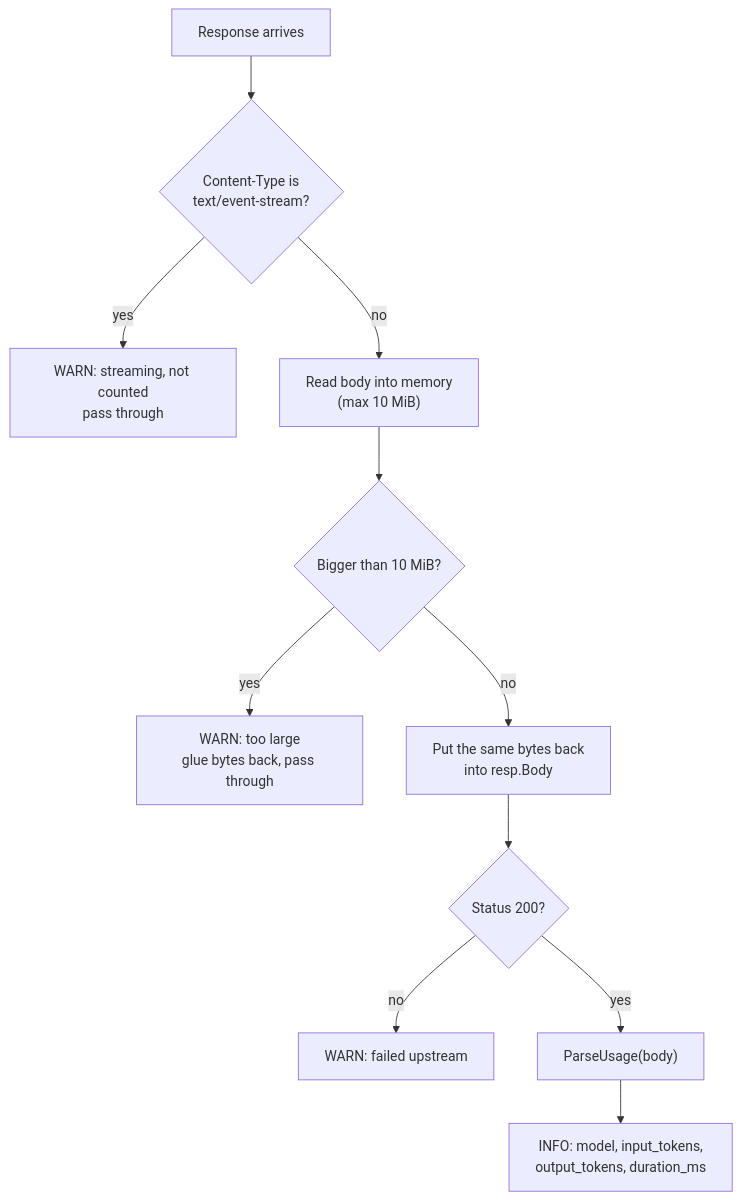
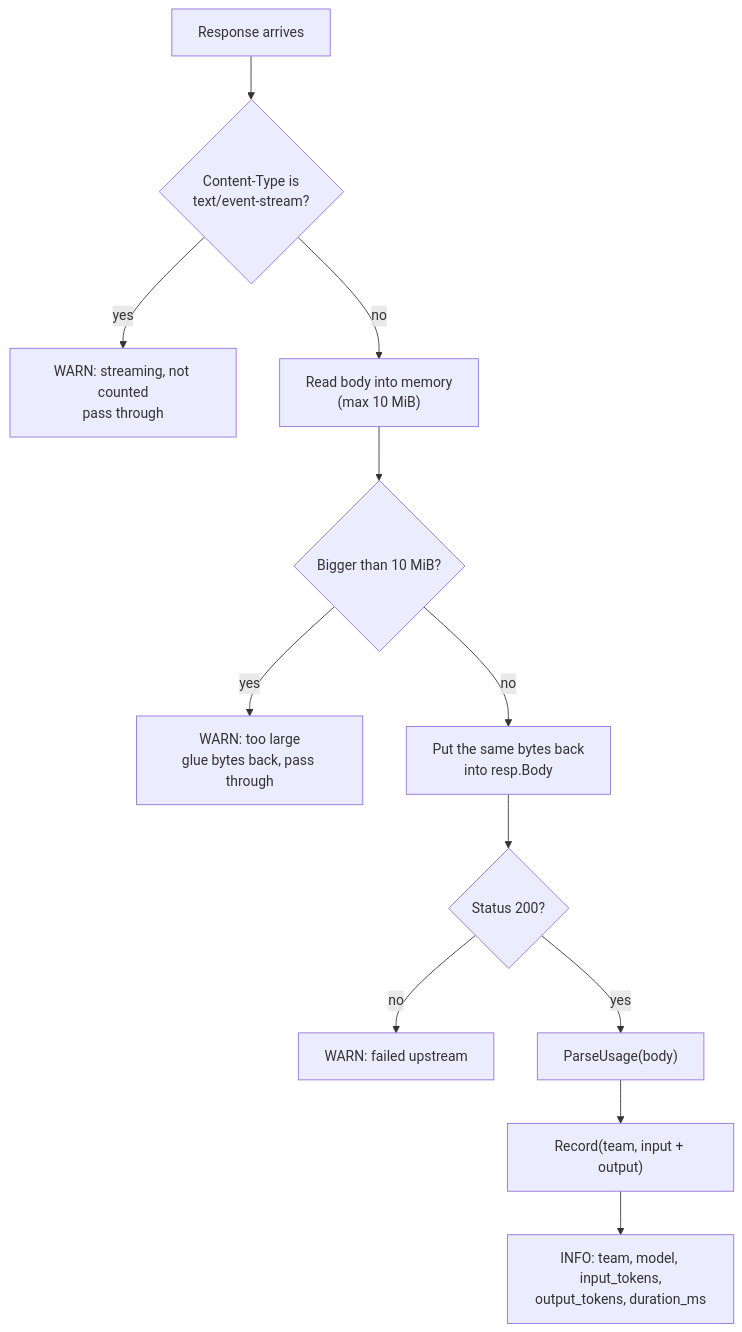
Before and after one commit to chikolavosaki-sys/agent-budget: the third of 4 diagrams in docs/ARCHITECTURE.md, drawn with Mermaid. The commit also changed other lines of this file and 6 other files, not shown here.

````diff
--- a/docs/ARCHITECTURE.md
+++ b/docs/ARCHITECTURE.md
@@ -81,13 +105,14 @@
 ```mermaid
 flowchart TD
     R["Response arrives"] --> S{"Content-Type is<br/>text/event-stream?"}
     S -- yes --> W1["WARN: streaming, not counted<br/>pass through"]
     S -- no --> B["Read body into memory<br/>(max 10 MiB)"]
     B --> T{"Bigger than 10 MiB?"}
     T -- yes --> W2["WARN: too large<br/>glue bytes back, pass through"]
     T -- no --> C["Put the same bytes back<br/>into resp.Body"]
     C --> O{"Status 200?"}
     O -- no --> W3["WARN: failed upstream"]
     O -- yes --> P["ParseUsage(body)"]
-    P --> OK["INFO: model, input_tokens,<br/>output_tokens, duration_ms"]
+    P --> R2["Record(team, input + output)"]
+    R2 --> OK["INFO: team, model, input_tokens,<br/>output_tokens, duration_ms"]
 ```
````
